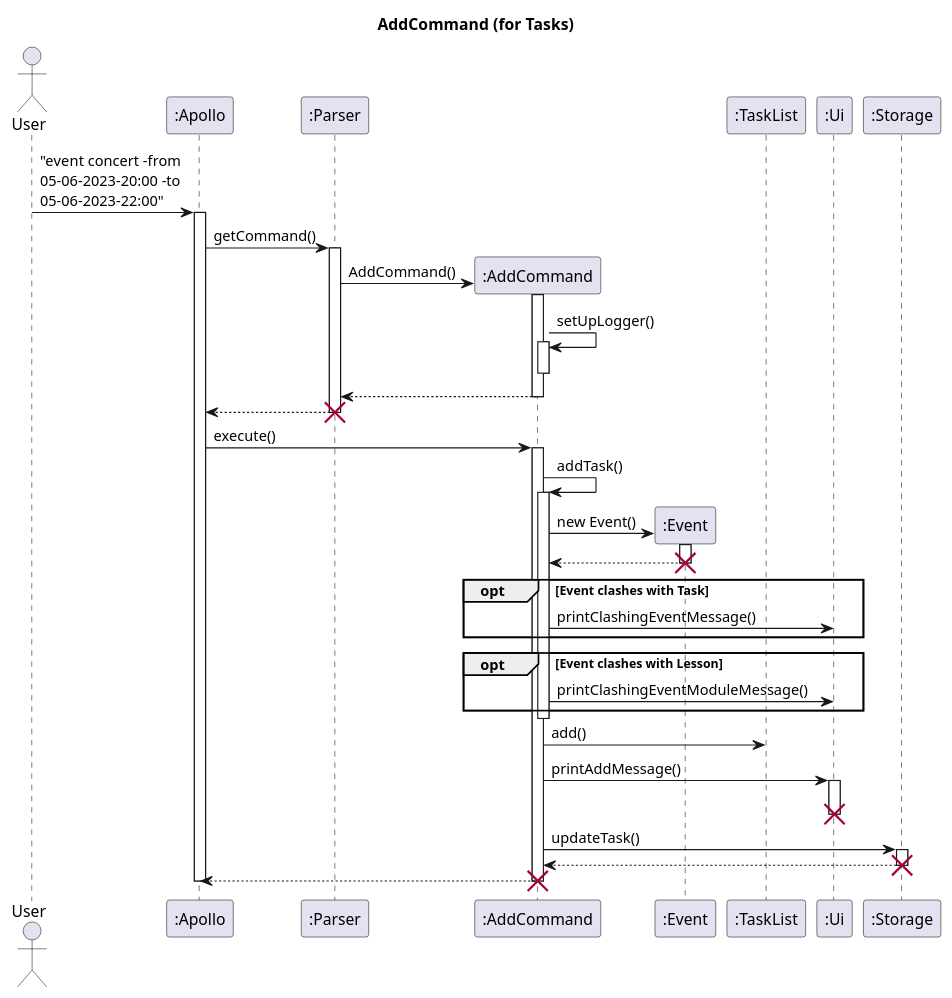
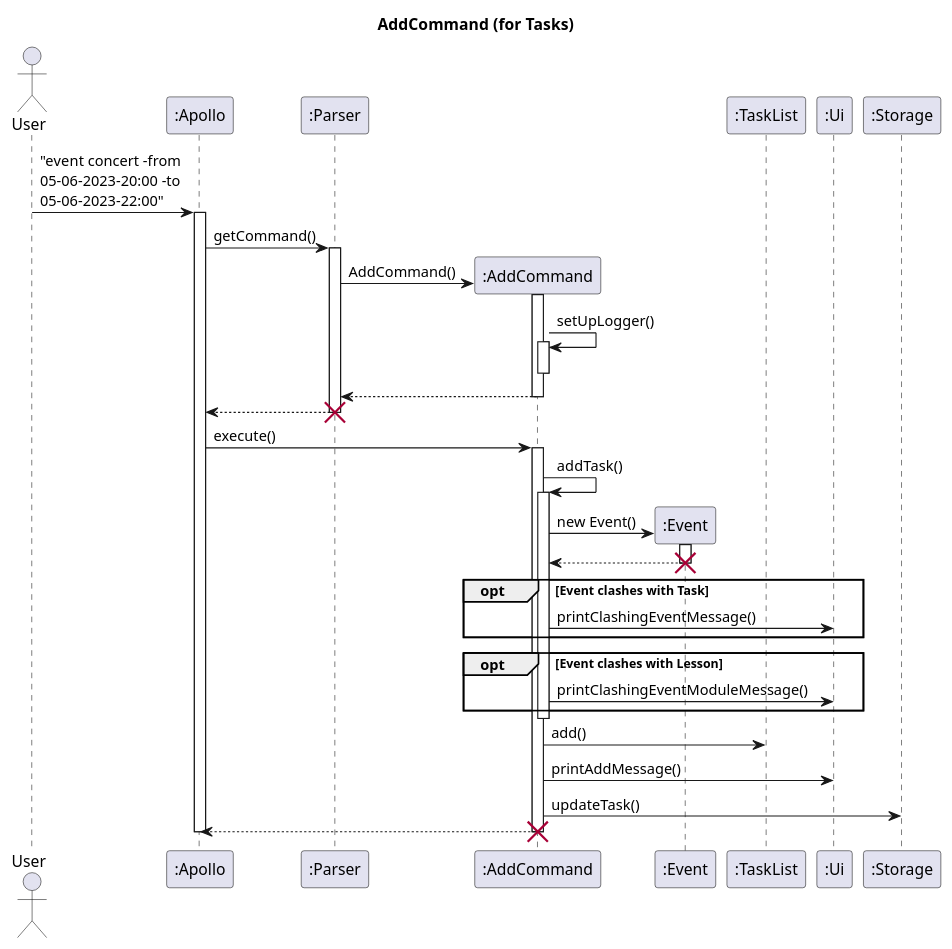
One commit to nus-cs2113-AY2223S2/tp changed the diagram in docs/uml-source/sequence/AddCommand.puml. Above: the diagram before and after it, drawn with PlantUML. The commit also changed 6 other files, not shown here.

```diff
--- a/docs/uml-source/sequence/AddCommand.puml
+++ b/docs/uml-source/sequence/AddCommand.puml
@@ -1,53 +1,50 @@
 @startuml
 'https://plantuml.com/sequence-diagram
 
 skinparam maxMessageSize 150
 
 title AddCommand (for Tasks)
 
 actor User
 participant ":Apollo" as Apollo
 participant ":Parser" as Parser
 participant ":AddCommand" as add
 participant ":Event" as Event
 participant ":TaskList" as TaskList
 participant ":Ui" as Ui
 participant ":Storage" as Storage
 
 User -> Apollo : "event concert -from 05-06-2023-20:00 -to 05-06-2023-22:00"
 activate Apollo
 Apollo -> Parser : getCommand()
 activate Parser
 Parser -> add** : AddCommand()
 add++
 add -> add ++ : setUpLogger()
 add--
 return
 return
 destroy Parser
 
 Apollo -> add : execute()
 activate add
 add -> add++ : addTask()
 add -> Event** : new Event()
 Event++
 return
 destroy Event
 opt Event clashes with Task
 add -> Ui : printClashingEventMessage()
 end
 opt Event clashes with Lesson
 add -> Ui : printClashingEventModuleMessage()
 end
 add--
 add -> TaskList : add()
 
-add -> Ui++ : printAddMessage()
-destroy Ui
-add -> Storage ++ : updateTask()
-return
-destroy Storage
+add -> Ui : printAddMessage()
+add -> Storage : updateTask()
 add --> Apollo
 destroy add
 Apollo--
 @enduml
```
